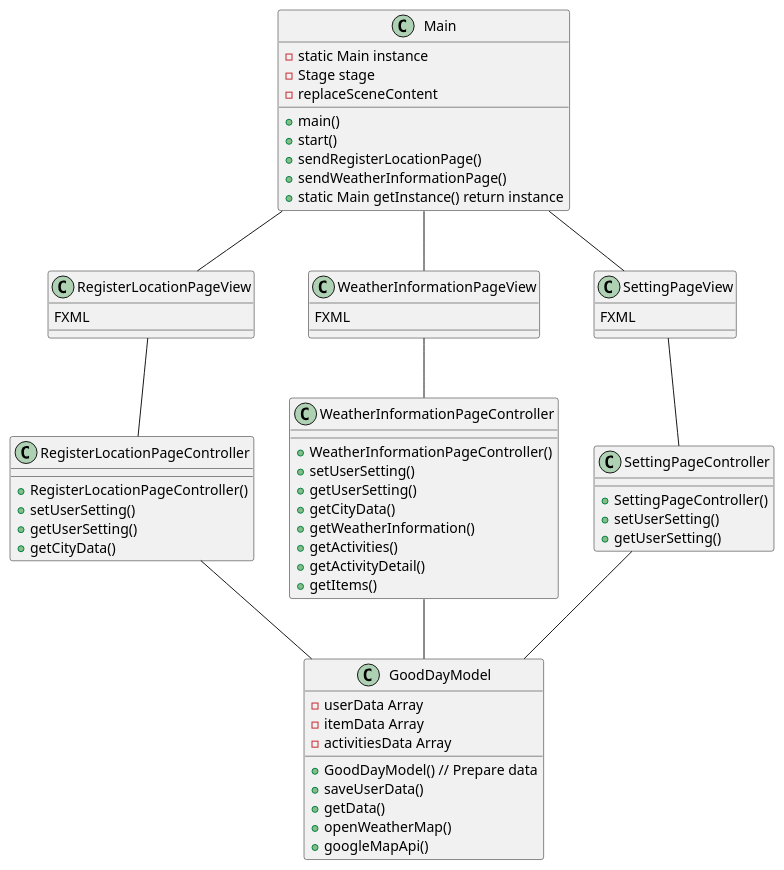
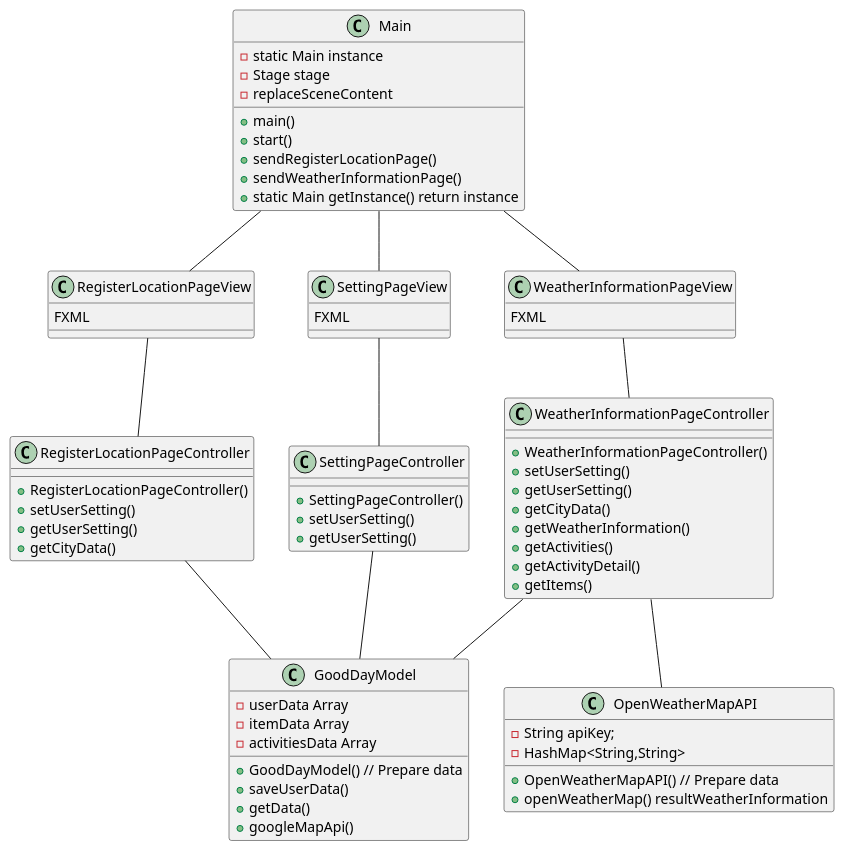
The diagram in GoodDay_class_diagram.puml (mustanghippie/Goodday), drawn with PlantUML before and after one commit.

Commit message:
Update class diagram

```diff
--- a/GoodDay_class_diagram.puml
+++ b/GoodDay_class_diagram.puml
@@ -1,73 +1,80 @@
 @startuml
 
 class Main{
     -static Main instance
     -Stage stage
     +main()
     +start()
     +sendRegisterLocationPage()
     +sendWeatherInformationPage()
     -replaceSceneContent
     +static Main getInstance() return instance
 
 }
 
 class RegisterLocationPageView{
   FXML
 }
 
 class WeatherInformationPageView{
   FXML
 }
 
 class SettingPageView{
   FXML
 }
 
 class RegisterLocationPageController{
   +RegisterLocationPageController()
   +setUserSetting()
   +getUserSetting()
   +getCityData()
 }
 
 class WeatherInformationPageController{
   +WeatherInformationPageController()
   +setUserSetting()
   +getUserSetting()
   +getCityData()
   +getWeatherInformation()
   +getActivities()
   +getActivityDetail()
   +getItems()
 }
 
 class SettingPageController{
   +SettingPageController()
   +setUserSetting()
   +getUserSetting()
 
 }
 
 class GoodDayModel{
   -userData Array
   -itemData Array
   -activitiesData Array
   +GoodDayModel() // Prepare data
   +saveUserData()
   +getData()
-  +openWeatherMap()
   +googleMapApi()
+}
+
+class OpenWeatherMapAPI{
+  -String apiKey;
+  -HashMap<String,String>
+  +OpenWeatherMapAPI() // Prepare data
+  +openWeatherMap() resultWeatherInformation
 }
 
 Main -- RegisterLocationPageView
 Main -- WeatherInformationPageView
 Main -- SettingPageView
 RegisterLocationPageView -- RegisterLocationPageController
 WeatherInformationPageView -- WeatherInformationPageController
 SettingPageView -- SettingPageController
 SettingPageController -- GoodDayModel
 RegisterLocationPageController -- GoodDayModel
 WeatherInformationPageController -- GoodDayModel
+WeatherInformationPageController -- OpenWeatherMapAPI
 
 @enduml
```
